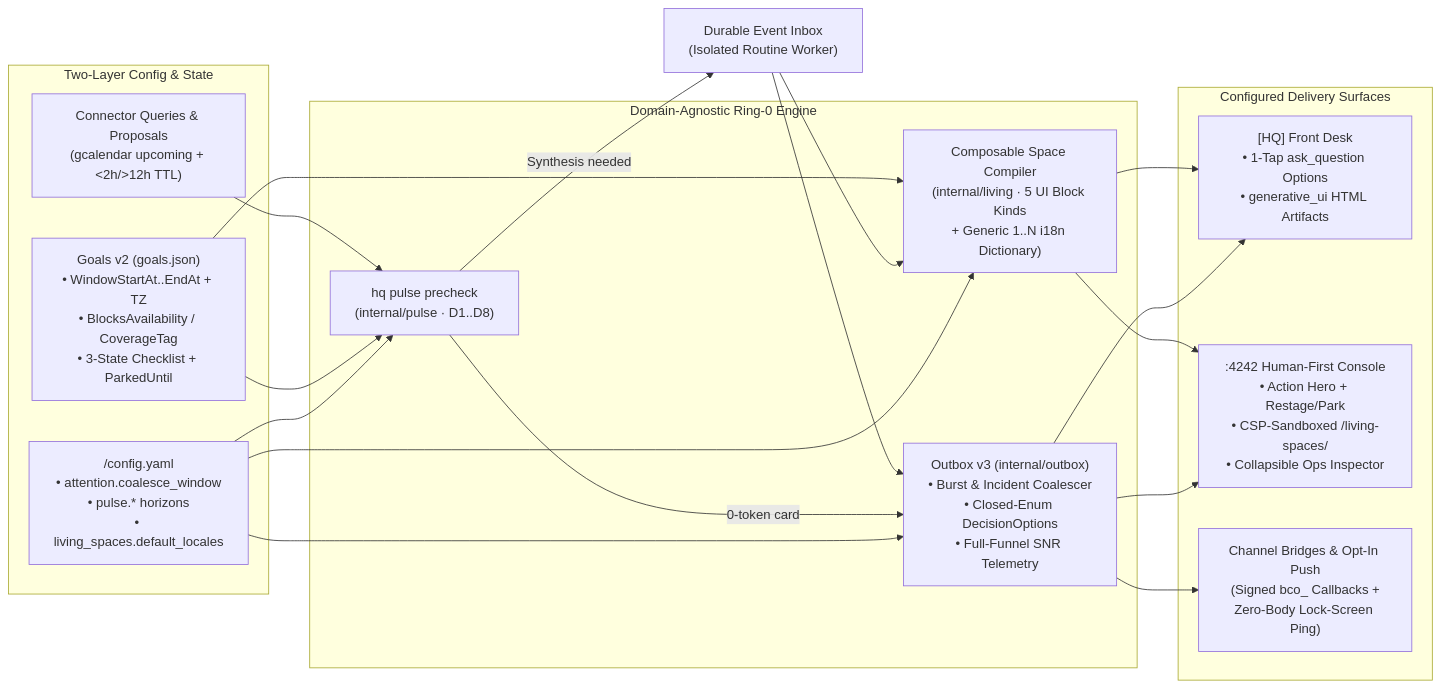
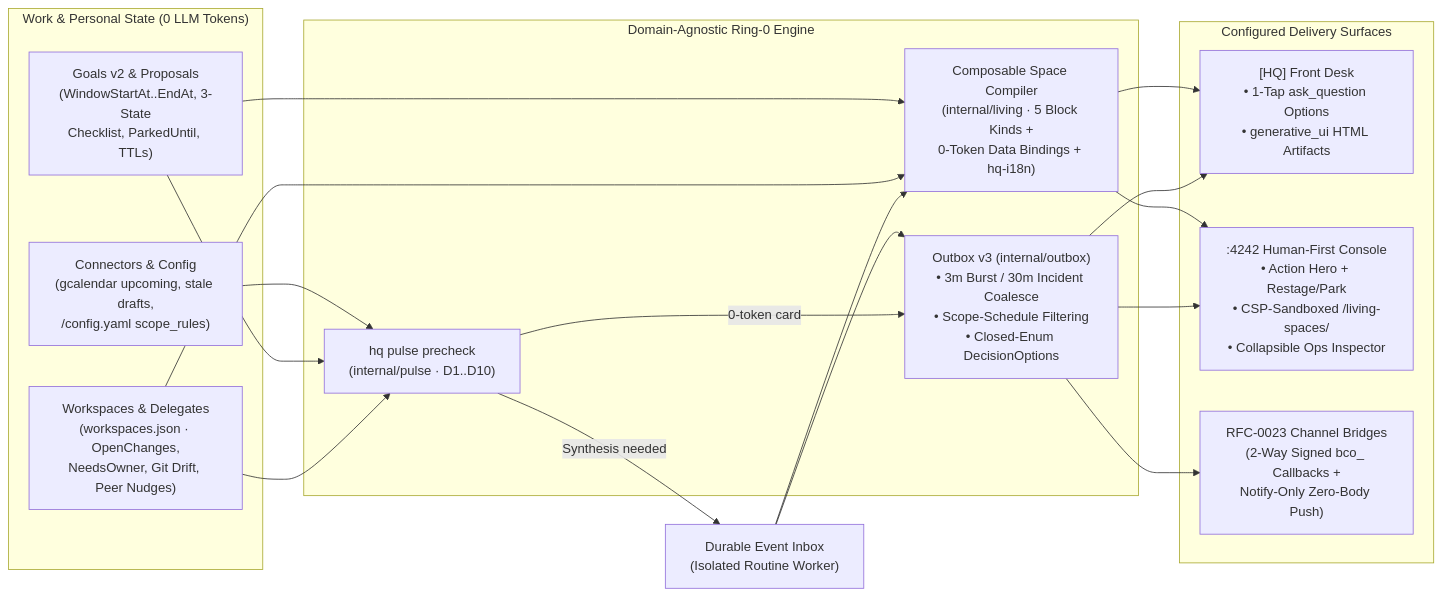
One commit to zjshen14/agy-hq changed the diagram in docs/design/0027-muse-proactive-actions.md. Above: the diagram before and after it, drawn with Mermaid. The commit also changed other lines of this file and 2 other files, not shown here.

Commit message:
docs(rfc): mark RFC-0020 superseded and add SWE/work extensions to RFC-0027

````diff
--- a/docs/design/0027-muse-proactive-actions.md
+++ b/docs/design/0027-muse-proactive-actions.md
@@ -94,29 +102,28 @@
 ```mermaid
 flowchart LR
-    subgraph Config["Two-Layer Config & State"]
-        CFG["<vault>/config.yaml\n• attention.coalesce_window\n• pulse.* horizons\n• living_spaces.default_locales"]
-        GLS["Goals v2 (goals.json)\n• WindowStartAt..EndAt + TZ\n• BlocksAvailability / CoverageTag\n• 3-State Checklist + ParkedUntil"]
-        CAL["Connector Queries & Proposals\n(gcalendar upcoming + <2h/>12h TTL)"]
+    subgraph Signals["Work & Personal State (0 LLM Tokens)"]
+        WSP["Workspaces & Delegates\n(workspaces.json · OpenChanges,\nNeedsOwner, Git Drift, Peer Nudges)"]
+        GLS["Goals v2 & Proposals\n(WindowStartAt..EndAt, 3-State\nChecklist, ParkedUntil, TTLs)"]
+        CON["Connectors & Config\n(gcalendar upcoming, stale drafts,\n<vault>/config.yaml scope_rules)"]
     end
 
     subgraph Engine["Domain-Agnostic Ring-0 Engine"]
-        PLS["hq pulse precheck\n(internal/pulse · D1..D8)"]
-        OUT["Outbox v3 (internal/outbox)\n• Burst & Incident Coalescer\n• Closed-Enum DecisionOptions\n• Full-Funnel SNR Telemetry"]
-        LIV["Composable Space Compiler\n(internal/living · 5 UI Block Kinds\n+ Generic 1..N i18n Dictionary)"]
+        PLS["hq pulse precheck\n(internal/pulse · D1..D10)"]
+        OUT["Outbox v3 (internal/outbox)\n• 3m Burst / 30m Incident Coalesce\n• Scope-Schedule Filtering\n• Closed-Enum DecisionOptions"]
+        LIV["Composable Space Compiler\n(internal/living · 5 Block Kinds +\n0-Token Data Bindings + hq-i18n)"]
     end
 
     subgraph Surfaces["Configured Delivery Surfaces"]
         FD["[HQ] Front Desk\n• 1-Tap ask_question Options\n• generative_ui HTML Artifacts"]
         WUI[":4242 Human-First Console\n• Action Hero + Restage/Park\n• CSP-Sandboxed /living-spaces/<slug>\n• Collapsible Ops Inspector"]
-        BRG["Channel Bridges & Opt-In Push\n(Signed bco_ Callbacks +\nZero-Body Lock-Screen Ping)"]
+        BRG["RFC-0023 Channel Bridges\n(2-Way Signed bco_ Callbacks +\nNotify-Only Zero-Body Push)"]
     end
 
-    CFG --> PLS & OUT & LIV
-    GLS & CAL --> PLS
+    WSP & GLS & CON --> PLS
     PLS -->|"0-token card"| OUT
     PLS -->|"Synthesis needed"| EV["Durable Event Inbox\n(Isolated Routine Worker)"]
     EV --> OUT & LIV
-    GLS --> LIV
+    WSP & GLS --> LIV
     OUT --> FD & WUI & BRG
     LIV --> FD & WUI
 ```
````
